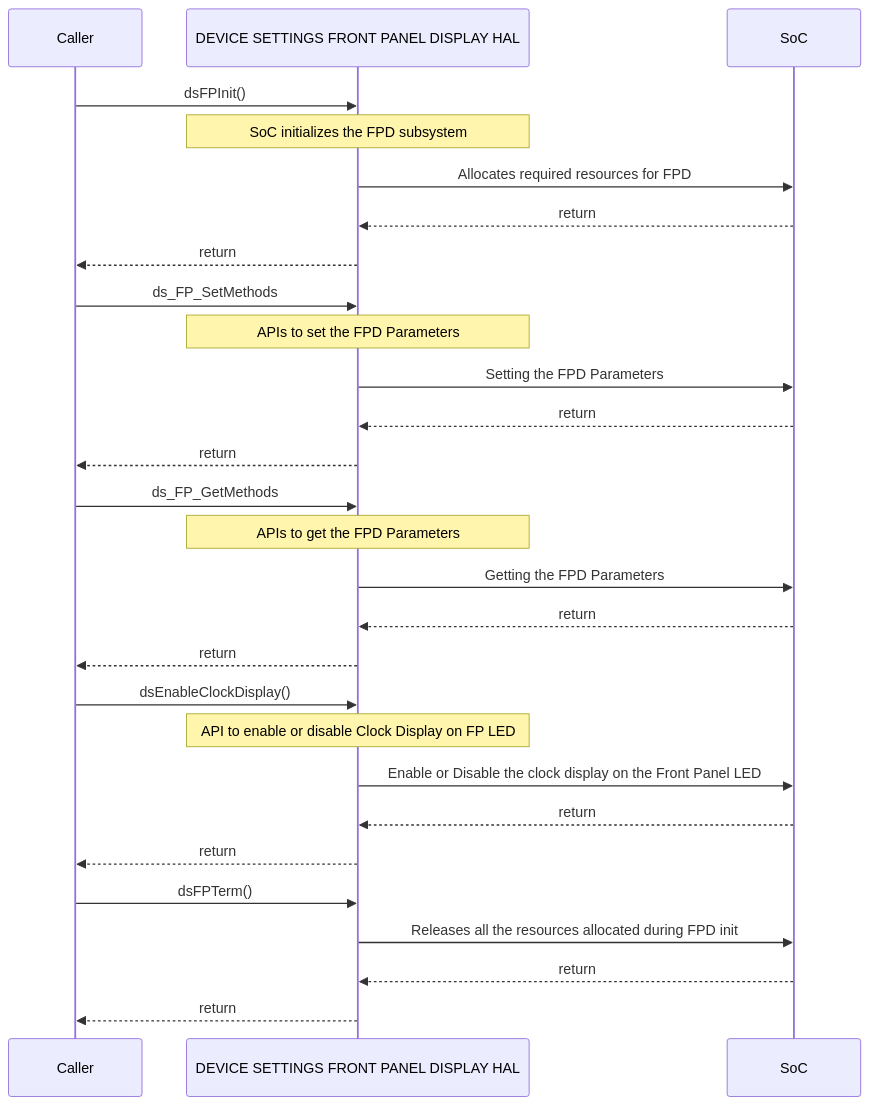
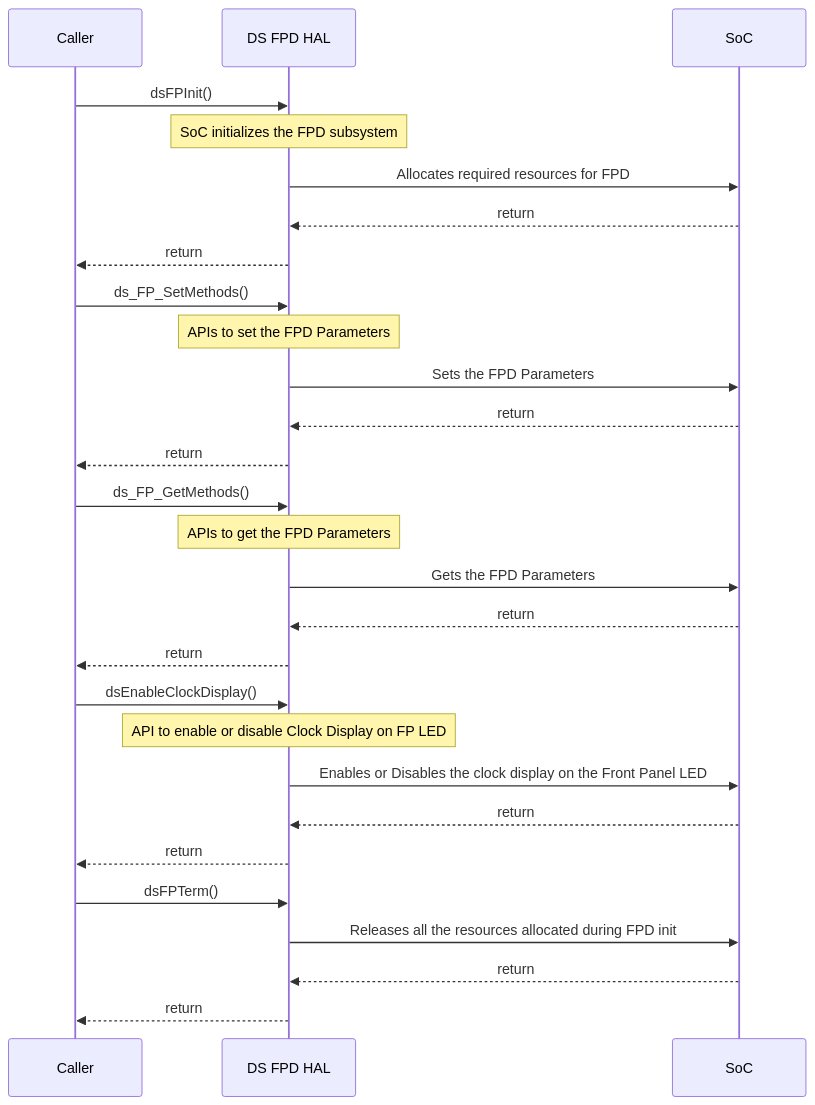
One commit to rdkcentral/rdk-halif-device_settings changed the second of 2 diagrams in docs/pages/ds-front-panel-display_halSpec.md. Above: the diagram before and after it, drawn with Mermaid. The commit also changed other lines of this file and 3 other files, not shown here.

````diff
--- a/docs/pages/ds-front-panel-display_halSpec.md
+++ b/docs/pages/ds-front-panel-display_halSpec.md
@@ -190,32 +185,32 @@
 ```mermaid
 %%{ init : { "theme" : "default", "flowchart" : { "curve" : "stepBefore" }}}%%
    sequenceDiagram
     participant Caller as Caller
-    participant HAL as DEVICE SETTINGS FRONT PANEL DISPLAY HAL
+    participant HAL as DS FPD HAL
     participant Driver as SoC
     Caller->>HAL:dsFPInit()
     Note over HAL: SoC initializes the FPD subsystem
     HAL->>Driver: Allocates required resources for FPD
     Driver-->>HAL:return
     HAL-->>Caller:return
-    Caller->>HAL: ds_FP_SetMethods
+    Caller->>HAL: ds_FP_SetMethods()
     Note over HAL: APIs to set the FPD Parameters
-    HAL->>Driver:Setting the FPD Parameters
+    HAL->>Driver:Sets the FPD Parameters
     Driver-->>HAL:return
     HAL-->>Caller:return
-    Caller->>HAL: ds_FP_GetMethods
+    Caller->>HAL: ds_FP_GetMethods()
     Note over HAL: APIs to get the FPD Parameters
-    HAL->>Driver:Getting the FPD Parameters
+    HAL->>Driver:Gets the FPD Parameters
     Driver-->>HAL:return
     HAL-->>Caller:return
     Caller->>HAL:dsEnableClockDisplay()
     Note over HAL: API to enable or disable Clock Display on FP LED
-    HAL->>Driver: Enable or Disable the clock display on the Front Panel LED
+    HAL->>Driver: Enables or Disables the clock display on the Front Panel LED
     Driver-->>HAL:return
     HAL-->>Caller:return
     Caller ->>HAL:dsFPTerm()
     HAL ->> Driver: Releases all the resources allocated during FPD init
     Driver-->>HAL:return
     HAL-->>Caller:return
 
  ```
````
